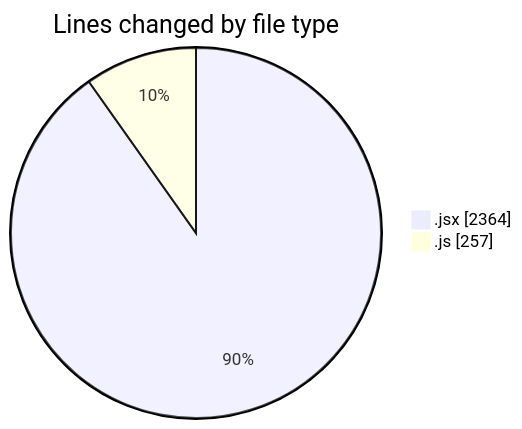
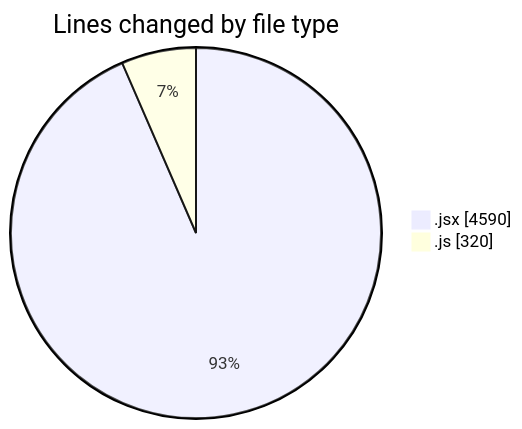
One commit to nxtqubesakshisongat/code-tracking changed the first of 2 diagrams in 2025-12-11/nxtqube_webapp/README.md. Above: the diagram before and after it, drawn with Mermaid. The commit also changed other lines of this file and 1 other file, not shown here.

````diff
--- a/2025-12-11/nxtqube_webapp/README.md
+++ b/2025-12-11/nxtqube_webapp/README.md
@@ -22,6 +25,6 @@
 ```mermaid
 pie showData
 title Lines changed by file type
-".jsx" : 2364
-".js" : 257
+".jsx" : 4590
+".js" : 320
 ```
````
